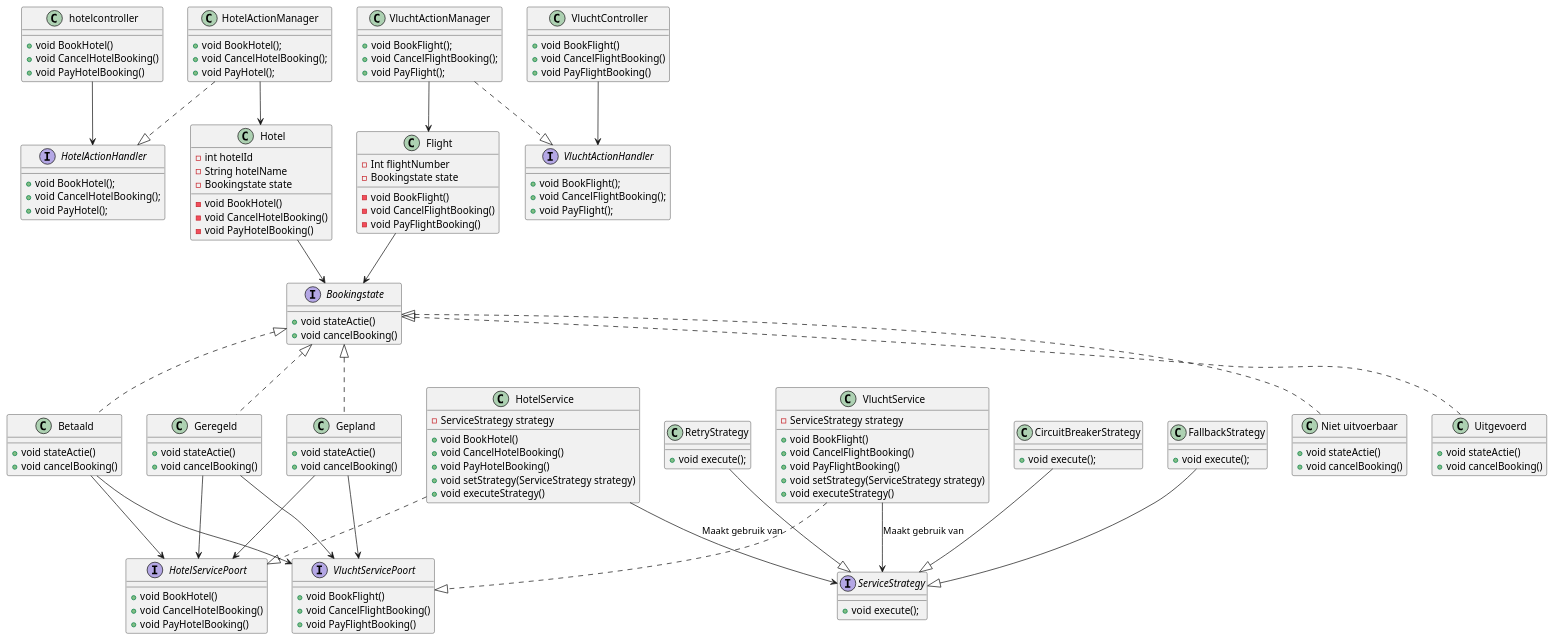
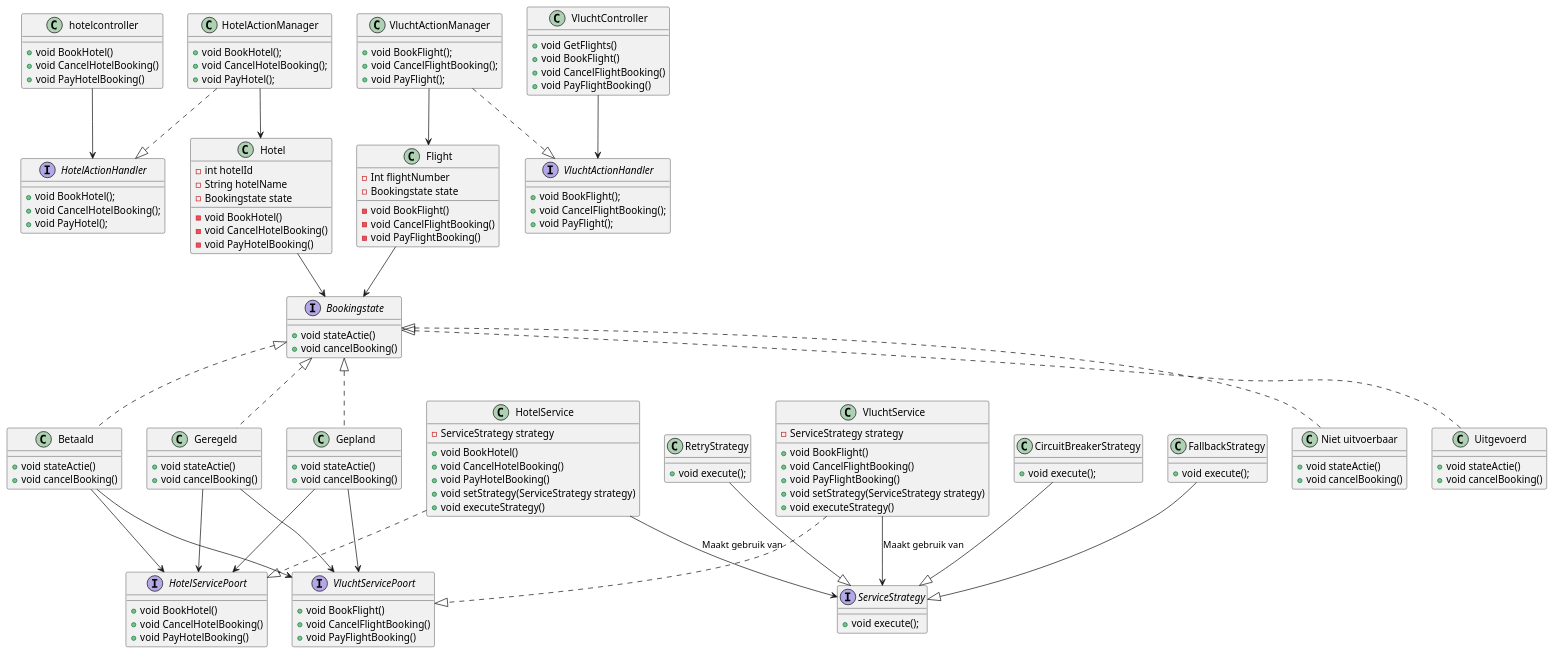
Before and after one commit to AIM-ENE-feb25/triptop-groep-b4: the diagram in prototypes/groepB4/src/main/java/triptop/groepB4/diagrammen/state_pattern_class_diagram.puml, drawn with PlantUML. The commit also changed 1 other file, not shown here.

```diff
--- a/prototypes/groepB4/src/main/java/triptop/groepB4/diagrammen/state_pattern_class_diagram.puml
+++ b/prototypes/groepB4/src/main/java/triptop/groepB4/diagrammen/state_pattern_class_diagram.puml
@@ -1,144 +1,145 @@
 @startuml
 
 'interfaces
 interface "HotelActionHandler"{
 + void BookHotel();
 + void CancelHotelBooking();
 + void PayHotel();
 }
 interface "VluchtActionHandler"{
 + void BookFlight();
 + void CancelFlightBooking();
 + void PayFlight();
 }
 interface "VluchtServicePoort"{
 + void BookFlight()
 + void CancelFlightBooking()
 + void PayFlightBooking()
 }
 interface "HotelServicePoort"{
 + void BookHotel()
 + void CancelHotelBooking()
 + void PayHotelBooking()
 }
 interface "Bookingstate" {
 + void stateActie()
 + void cancelBooking()
 }
 interface ServiceStrategy {
     + void execute();
 }
 
 'classes
 class "hotelcontroller" {
 + void BookHotel()
 + void CancelHotelBooking()
 + void PayHotelBooking()
 }
 class "HotelService"{
 - ServiceStrategy strategy
 + void BookHotel()
 + void CancelHotelBooking()
 + void PayHotelBooking()
 + void setStrategy(ServiceStrategy strategy)
 + void executeStrategy()
 }
 class "VluchtController"{
++ void GetFlights()
 + void BookFlight()
 + void CancelFlightBooking()
 + void PayFlightBooking()
 }
 class "VluchtService"{
 - ServiceStrategy strategy
 + void BookFlight()
 + void CancelFlightBooking()
 + void PayFlightBooking()
 + void setStrategy(ServiceStrategy strategy)
 + void executeStrategy()
 }
 class RetryStrategy {
     + void execute();
 }
 
 class CircuitBreakerStrategy {
     + void execute();
 }
 
 class FallbackStrategy {
     + void execute();
 }
 class "HotelActionManager"{
 + void BookHotel();
 + void CancelHotelBooking();
 + void PayHotel();
 }
 class "VluchtActionManager"{
 + void BookFlight();
 + void CancelFlightBooking();
 + void PayFlight();
 }
 class "Gepland" {
 + void stateActie()
 + void cancelBooking()
 }
 class "Geregeld" {
 + void stateActie()
 + void cancelBooking()
 }
 class "Betaald" {
 + void stateActie()
 + void cancelBooking()
 }
 class "Niet uitvoerbaar" {
 + void stateActie()
 + void cancelBooking()
 }
 class "Uitgevoerd" {
 + void stateActie()
 + void cancelBooking()
 }
 class "Hotel" {
 - int hotelId
 - String hotelName
 - Bookingstate state
 - void BookHotel()
 - void CancelHotelBooking()
 - void PayHotelBooking()
 }
 class "Flight" {
 - Int flightNumber
 - Bookingstate state
 - void BookFlight()
 - void CancelFlightBooking()
 - void PayFlightBooking()
 }
 
 'relaties
 "hotelcontroller" --> "HotelActionHandler"
 "HotelService" 	..|> "HotelServicePoort"
 "VluchtController" --> "VluchtActionHandler"
 "VluchtService" ..|> "VluchtServicePoort"
 "VluchtService" --> "ServiceStrategy" : Maakt gebruik van
 "HotelService" --> "ServiceStrategy" : Maakt gebruik van
 "RetryStrategy" --|> "ServiceStrategy"
 "CircuitBreakerStrategy" --|> "ServiceStrategy"
 "FallbackStrategy" --|> "ServiceStrategy"
 "HotelActionManager" ..|> "HotelActionHandler"
 "VluchtActionManager" ..|> "VluchtActionHandler"
 "Gepland" --> "HotelServicePoort"
 "Gepland" --> "VluchtServicePoort"
 "Geregeld" --> "HotelServicePoort"
 "Geregeld" --> "VluchtServicePoort"
 "Betaald" --> "HotelServicePoort"
 "Betaald" --> "VluchtServicePoort"
 "Flight" --> "Bookingstate"
 "Hotel" --> "Bookingstate"
 "Bookingstate" <|.. "Gepland"
 "Bookingstate" <|.. "Geregeld"
 "Bookingstate" <|.. "Betaald"
 "Bookingstate" <|.. "Niet uitvoerbaar"
 "Bookingstate" <|.. "Uitgevoerd"
 "VluchtActionManager" --> "Flight"
 "HotelActionManager" --> "Hotel"
 
 @enduml
```
